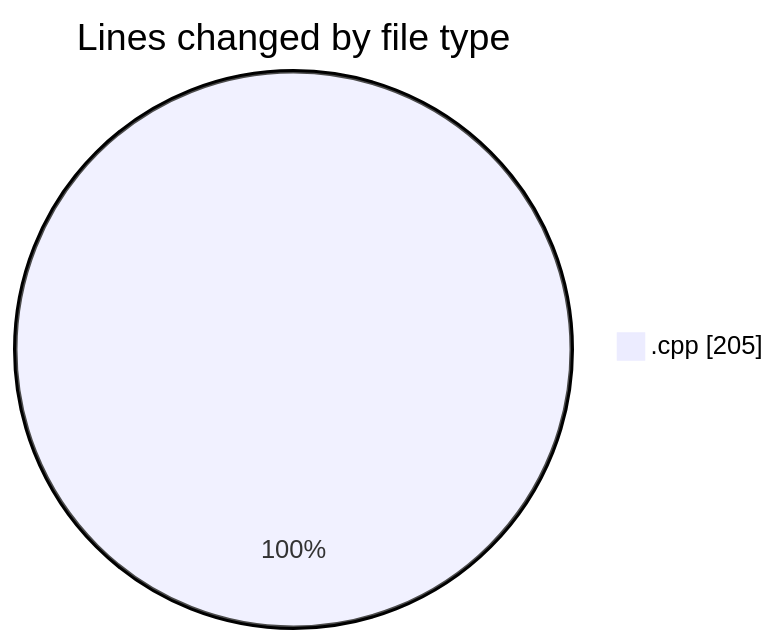
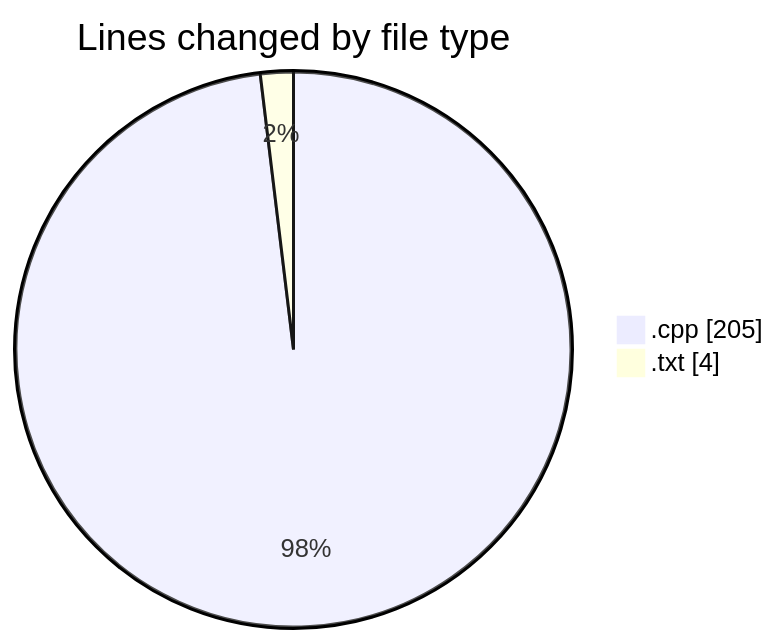
The first of 2 diagrams in 2025-06-20/ann_with_avk/README.md (Ritupan-Deka/code-tracking), drawn with Mermaid before and after one commit. The commit also changed other lines of this file and 1 other file, not shown here.

````diff
--- a/2025-06-20/ann_with_avk/README.md
+++ b/2025-06-20/ann_with_avk/README.md
@@ -20,5 +21,6 @@
 ```mermaid
 pie showData
 title Lines changed by file type
 ".cpp" : 205
+".txt" : 4
 ```
````
